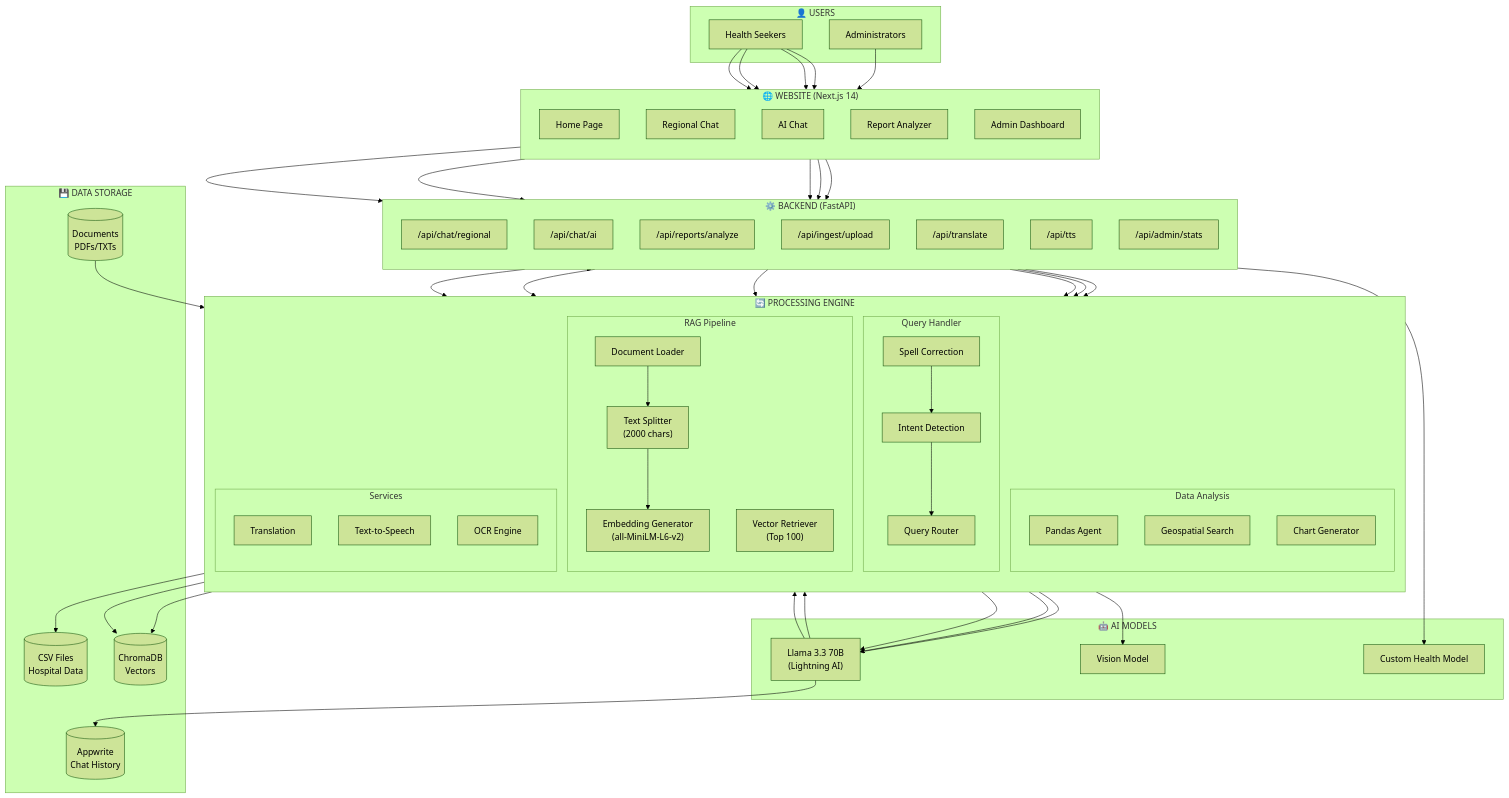
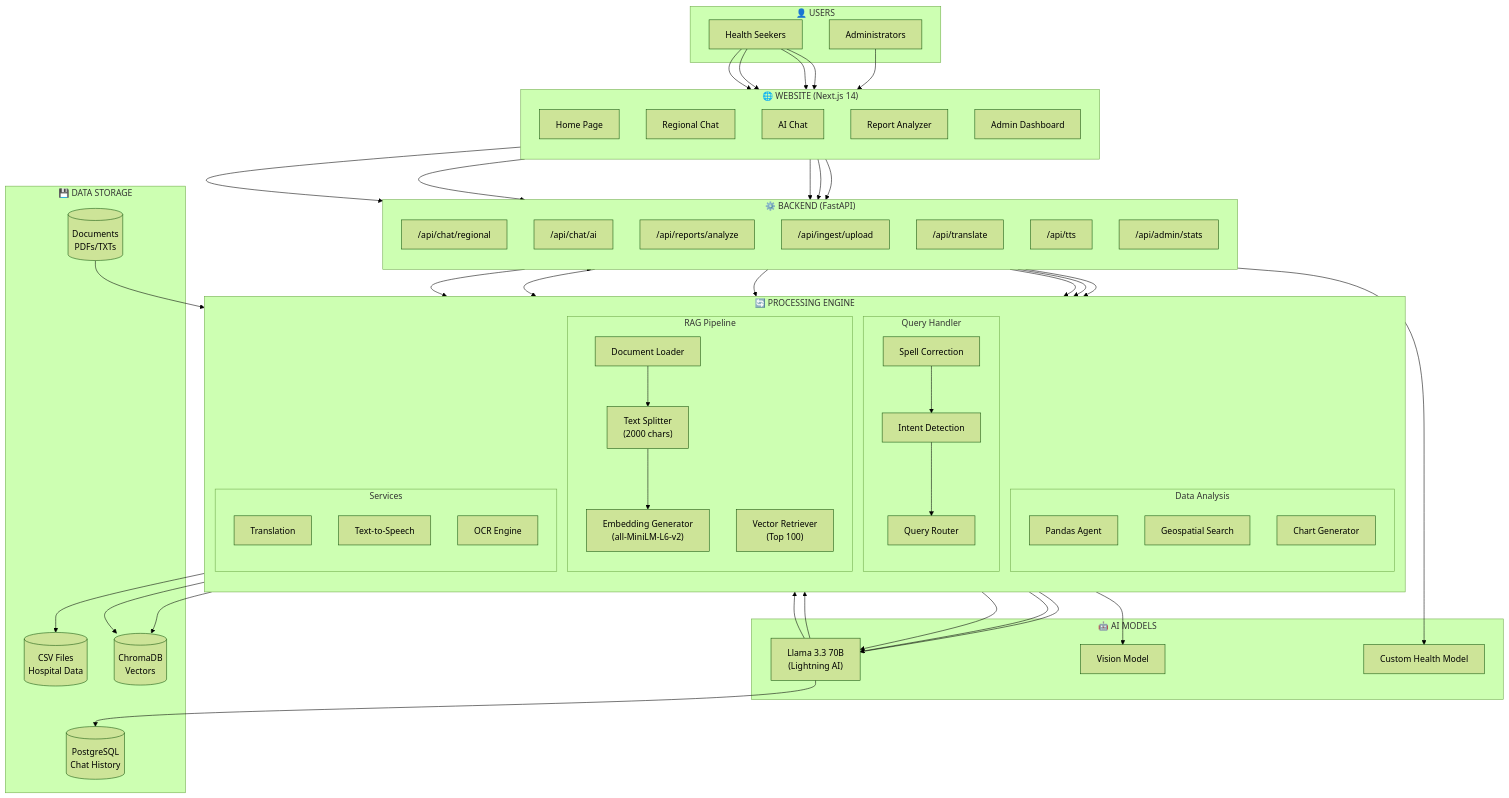
The first of 6 diagrams in documentation/process.md (Kuldeep-Tapodhan/health-chat-bot-application), drawn with Mermaid (forest theme) before and after one commit. The commit also changed other lines of this file and 170 other files, not shown here.

```diff
--- a/documentation/process.md
+++ b/documentation/process.md
@@ -71,7 +71,7 @@
 
     subgraph Storage["💾 DATA STORAGE"]
         DB1[("ChromaDB<br/>Vectors")]
-        DB2[("Appwrite<br/>Chat History")]
+        DB2[("PostgreSQL<br/>Chat History")]
         DB3[("CSV Files<br/>Hospital Data")]
         DB4[("Documents<br/>PDFs/TXTs")]
     end
```
